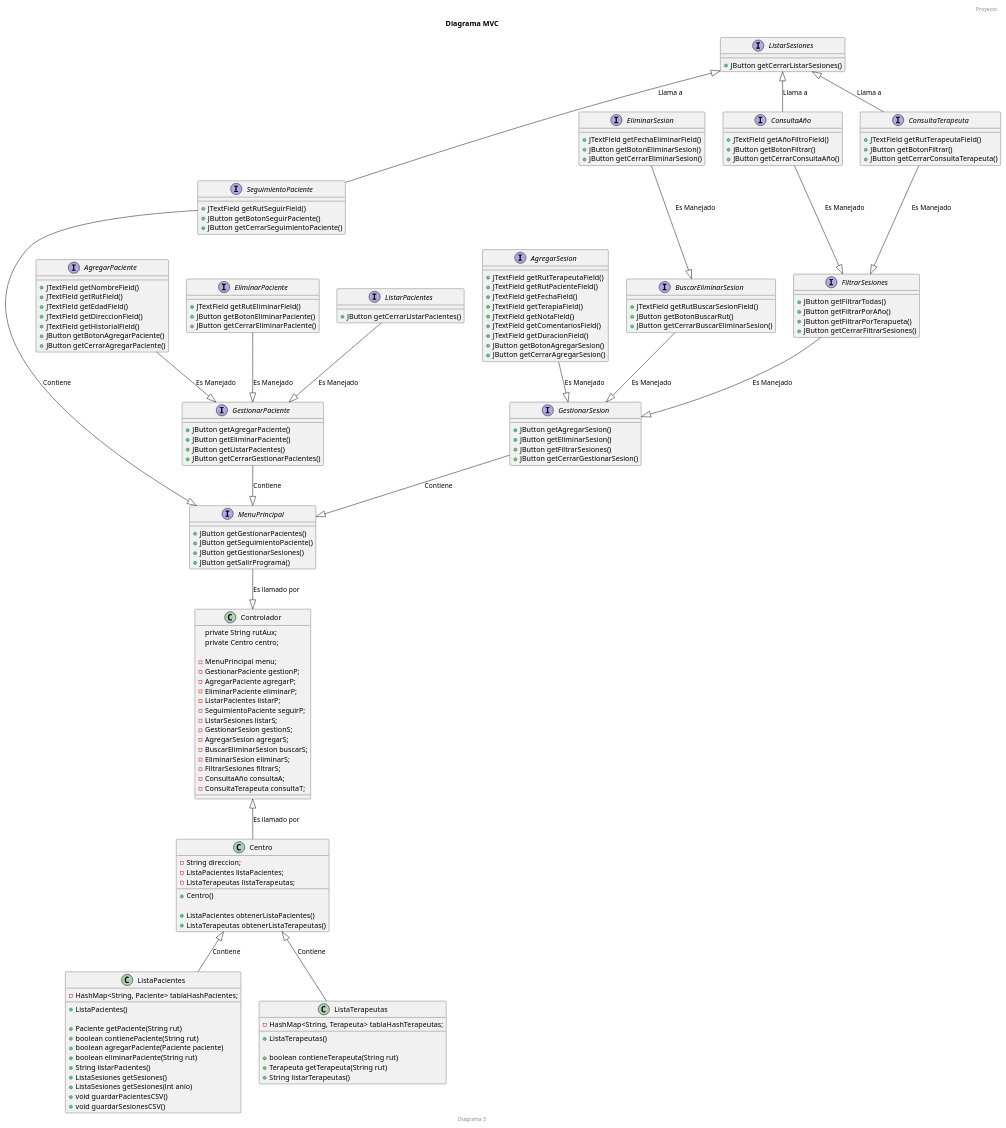
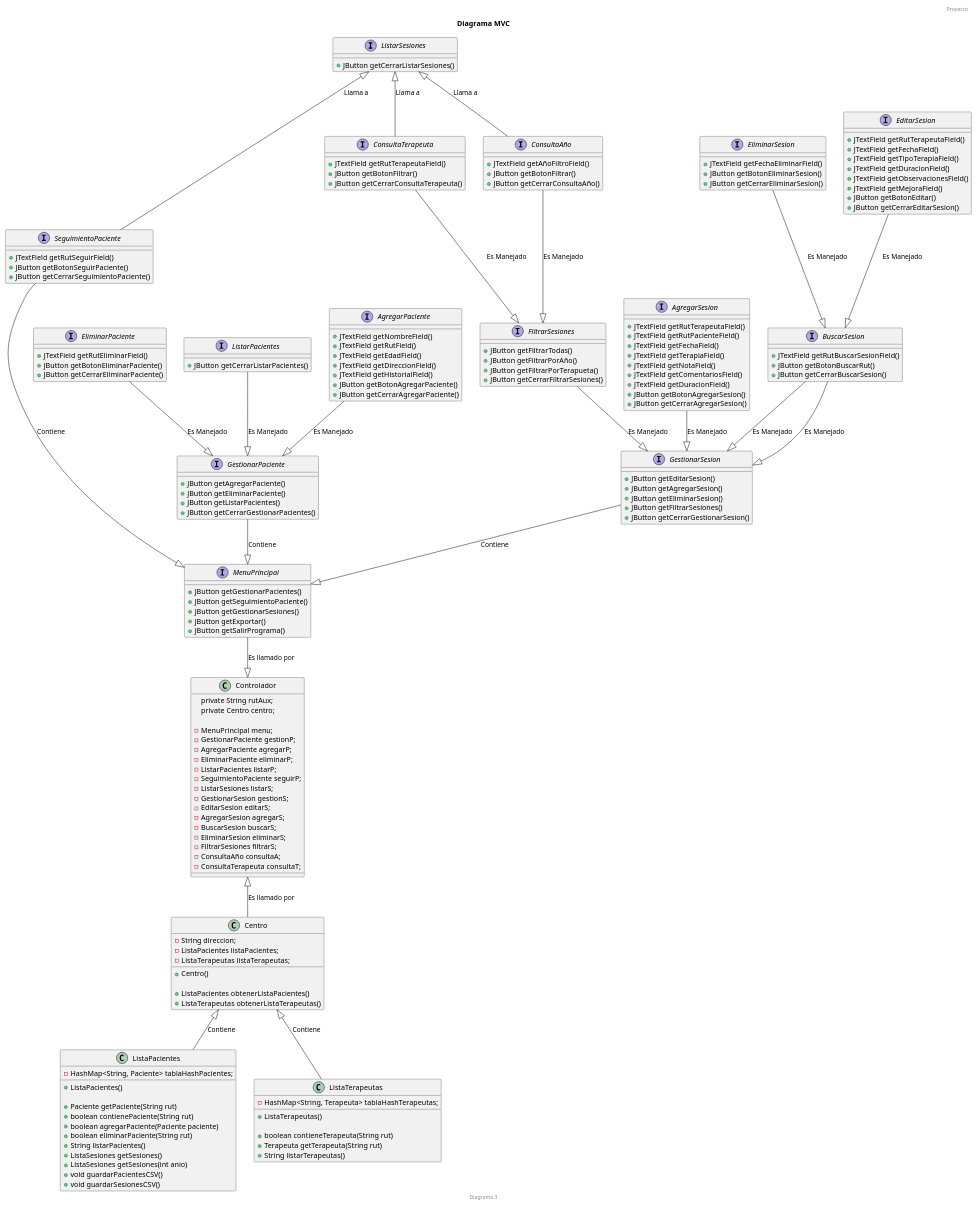
One commit to Ian-Misael/Proyecto-SIA changed the diagram in src/main/java/Diagramas/Diagrama de MVC.puml. Above: the diagram before and after it, drawn with PlantUML. The commit also changed 13 other files, not shown here.

Commit message:
Editar Sesion

```diff
--- a/src/main/java/Diagramas/Diagrama de MVC.puml
+++ b/src/main/java/Diagramas/Diagrama de MVC.puml
@@ -1,178 +1,194 @@
 @startuml Programa
 
 title Diagrama MVC
 header Proyecto
 footer Diagrama 3
 
 class Controlador {
     private String rutAux; 
     private Centro centro;
 
     - MenuPrincipal menu;
     - GestionarPaciente gestionP;
     - AgregarPaciente agregarP;
     - EliminarPaciente eliminarP;
     - ListarPacientes listarP;
     - SeguimientoPaciente seguirP;
     - ListarSesiones listarS;
     - GestionarSesion gestionS;
+    - EditarSesion editarS;
     - AgregarSesion agregarS;
-    - BuscarEliminarSesion buscarS;
+    - BuscarSesion buscarS;
     - EliminarSesion eliminarS;
     - FiltrarSesiones filtrarS;
     - ConsultaAño consultaA;
     - ConsultaTerapeuta consultaT;
 }
 
 class Centro {
     - String direccion;
     - ListaPacientes listaPacientes;
     - ListaTerapeutas listaTerapeutas;
     
     + Centro()
     
     + ListaPacientes obtenerListaPacientes()
     + ListaTerapeutas obtenerListaTerapeutas()
 }
 
 class ListaPacientes {
     - HashMap<String, Paciente> tablaHashPacientes;
 
     + ListaPacientes()
     
     + Paciente getPaciente(String rut)
     + boolean contienePaciente(String rut)
     + boolean agregarPaciente(Paciente paciente)
     + boolean eliminarPaciente(String rut)
     + String listarPacientes()
     + ListaSesiones getSesiones()
     + ListaSesiones getSesiones(int anio)
     + void guardarPacientesCSV()
     + void guardarSesionesCSV()
 }
 
 class ListaTerapeutas {
     - HashMap<String, Terapeuta> tablaHashTerapeutas;
 
     + ListaTerapeutas()
 
     + boolean contieneTerapeuta(String rut)
     + Terapeuta getTerapeuta(String rut)
     + String listarTerapeutas() 
 }
 
 interface MenuPrincipal {
     + JButton getGestionarPacientes()
     + JButton getSeguimientoPaciente()
     + JButton getGestionarSesiones()
+    + JButton getExportar()
     + JButton getSalirPrograma()
 }
 
 interface GestionarPaciente {
     + JButton getAgregarPaciente()
     + JButton getEliminarPaciente()
     + JButton getListarPacientes()
     + JButton getCerrarGestionarPacientes()
 }
 
 interface AgregarPaciente {
     + JTextField getNombreField()
     + JTextField getRutField()
     + JTextField getEdadField()
     + JTextField getDireccionField()
     + JTextField getHistorialField()
     + JButton getBotonAgregarPaciente()
     + JButton getCerrarAgregarPaciente()
 }
 
 interface EliminarPaciente {
     + JTextField getRutEliminarField()
     + JButton getBotonEliminarPaciente()
     + JButton getCerrarEliminarPaciente()
 }
 
 interface ListarPacientes {
     + JButton getCerrarListarPacientes()
 }
 
 interface SeguimientoPaciente {
     + JTextField getRutSeguirField()
     + JButton getBotonSeguirPaciente()
     + JButton getCerrarSeguimientoPaciente()
 }
 
 interface ListarSesiones {
     + JButton getCerrarListarSesiones()
 }
 
 interface GestionarSesion {
+    + JButton getEditarSesion()
     + JButton getAgregarSesion()
     + JButton getEliminarSesion()
     + JButton getFiltrarSesiones()
     + JButton getCerrarGestionarSesion()
+}
+
+interface EditarSesion {
+    + JTextField getRutTerapeutaField()
+    + JTextField getFechaField()
+    + JTextField getTipoTerapiaField()
+    + JTextField getDuracionField()
+    + JTextField getObservacionesField()
+    + JTextField getMejoraField()
+    + JButton getBotonEditar()
+    + JButton getCerrarEditarSesion()
 }
 
 interface AgregarSesion {
     + JTextField getRutTerapeutaField()
     + JTextField getRutPacienteField()
     + JTextField getFechaField()
     + JTextField getTerapiaField()
     + JTextField getNotaField()
     + JTextField getComentariosField()
     + JTextField getDuracionField()
     + JButton getBotonAgregarSesion()
     + JButton getCerrarAgregarSesion()
 }
 
-interface BuscarEliminarSesion {
+interface BuscarSesion {
     + JTextField getRutBuscarSesionField()
     + JButton getBotonBuscarRut()
-    + JButton getCerrarBuscarEliminarSesion()
+    + JButton getCerrarBuscarSesion()
 }
 
 interface EliminarSesion {
     + JTextField getFechaEliminarField()
     + JButton getBotonEliminarSesion()
     + JButton getCerrarEliminarSesion()
 }
 
 interface FiltrarSesiones {
     + JButton getFiltrarTodas()
     + JButton getFiltrarPorAño()
     + JButton getFiltrarPorTerapueta()
     + JButton getCerrarFiltrarSesiones()
 }
 
 interface ConsultaAño {
     + JTextField getAñoFiltroField()
     + JButton getBotonFiltrar()
     + JButton getCerrarConsultaAño()
 }
 
 interface ConsultaTerapeuta {
     + JTextField getRutTerapeutaField()
     + JButton getBotonFiltrar()
     + JButton getCerrarConsultaTerapeuta()
 }
 
 Centro -up-|> Controlador : Es llamado por
 ListaPacientes -up-|> Centro : Contiene
 ListaTerapeutas -up-|> Centro : Contiene
 
 MenuPrincipal -down-|> Controlador : Es llamado por
 GestionarPaciente -down-|> MenuPrincipal : Contiene
 AgregarPaciente -down-|> GestionarPaciente : Es Manejado
 EliminarPaciente -down-|> GestionarPaciente : Es Manejado
 ListarPacientes -down-|> GestionarPaciente : Es Manejado
 SeguimientoPaciente -down-|> MenuPrincipal : Contiene
 SeguimientoPaciente -up-|> ListarSesiones : Llama a
 GestionarSesion -down-|> MenuPrincipal : Contiene
+BuscarSesion --|> GestionarSesion : Es Manejado
+EditarSesion --|> BuscarSesion : Es Manejado
 AgregarSesion -down-|> GestionarSesion : Es Manejado
-BuscarEliminarSesion -down-|> GestionarSesion :Es Manejado
-EliminarSesion -down-|> BuscarEliminarSesion : Es Manejado
+BuscarSesion -down-|> GestionarSesion :Es Manejado
+EliminarSesion -down-|> BuscarSesion : Es Manejado
 FiltrarSesiones -down-|> GestionarSesion : Es Manejado
 ConsultaAño -down-|> FiltrarSesiones : Es Manejado
 ConsultaAño -up-|> ListarSesiones : Llama a
 ConsultaTerapeuta -down-|> FiltrarSesiones : Es Manejado
 ConsultaTerapeuta -up-|> ListarSesiones : Llama a
 @enduml
```
